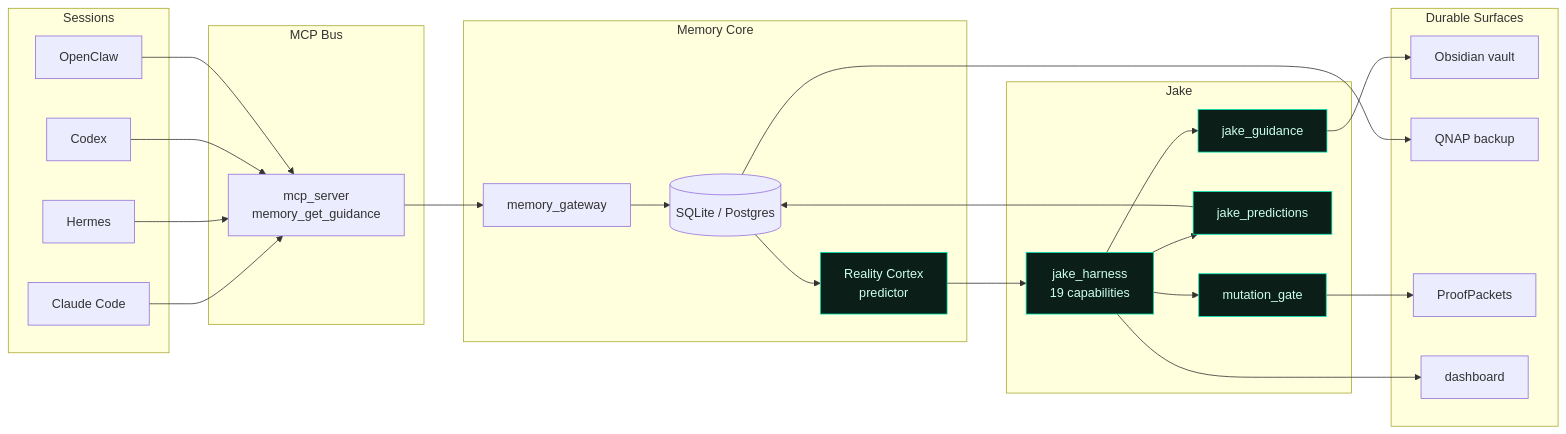
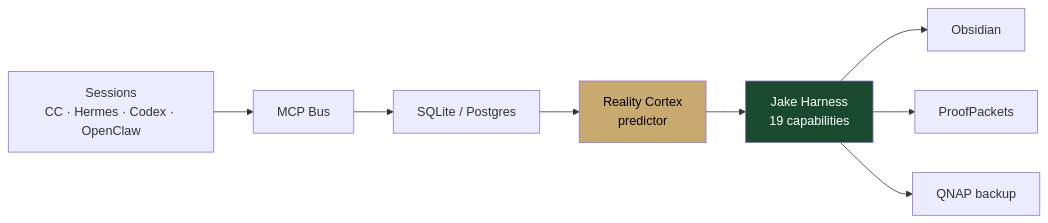
One commit to mrodgersjs-web/rig-memory-os changed the diagram in README.md. Above: the diagram before and after it, drawn with Mermaid. The commit also changed other lines of this file, not shown here.

````diff
--- a/README.md
+++ b/README.md
@@ -42,53 +51,12 @@
 ```mermaid
 flowchart LR
-  subgraph IN["Sessions"]
-    CC[Claude Code]
-    HE[Hermes]
-    CX[Codex]
-    OC[OpenClaw]
-  end
-
-  subgraph BUS["MCP Bus"]
-    MCP[mcp_server<br/>memory_get_guidance]
-  end
-
-  subgraph CORE["Memory Core"]
-    SQL[(SQLite / Postgres)]
-    MG[memory_gateway]
-    RC[Reality Cortex<br/>predictor]
-  end
-
-  subgraph JAKE["Jake"]
-    JH[jake_harness<br/>19 capabilities]
-    JG[jake_guidance]
-    JP[jake_predictions]
-    MGATE[mutation_gate]
-  end
-
-  subgraph OUT["Durable Surfaces"]
-    OBS[Obsidian vault]
-    QNAP[QNAP backup]
-    PP[ProofPackets]
-    DASH[dashboard]
-  end
-
-  CC --> MCP
-  HE --> MCP
-  CX --> MCP
-  OC --> MCP
-  MCP --> MG
-  MG --> SQL
-  SQL --> RC
-  RC --> JH
-  JH --> JG
-  JH --> JP
-  JH --> MGATE
-  JG --> OBS
-  JP --> SQL
-  MGATE --> PP
-  SQL --> QNAP
-  JH --> DASH
-
-  classDef loop fill:#0b1e18,stroke:#00e6b4,color:#cfe
-  class JH,JG,JP,MGATE,RC loop
+  S["Sessions<br/>CC · Hermes · Codex · OpenClaw"] --> MCP["MCP Bus"]
+  MCP --> SQL["SQLite / Postgres"]
+  SQL --> RC["Reality Cortex<br/>predictor"]
+  RC --> JH["Jake Harness<br/>19 capabilities"]
+  JH --> OBS["Obsidian"]
+  JH --> PP["ProofPackets"]
+  JH --> QNAP["QNAP backup"]
+  style JH fill:#1a4a2e,color:#fff
+  style RC fill:#C8A96E,color:#000
 ```
````
